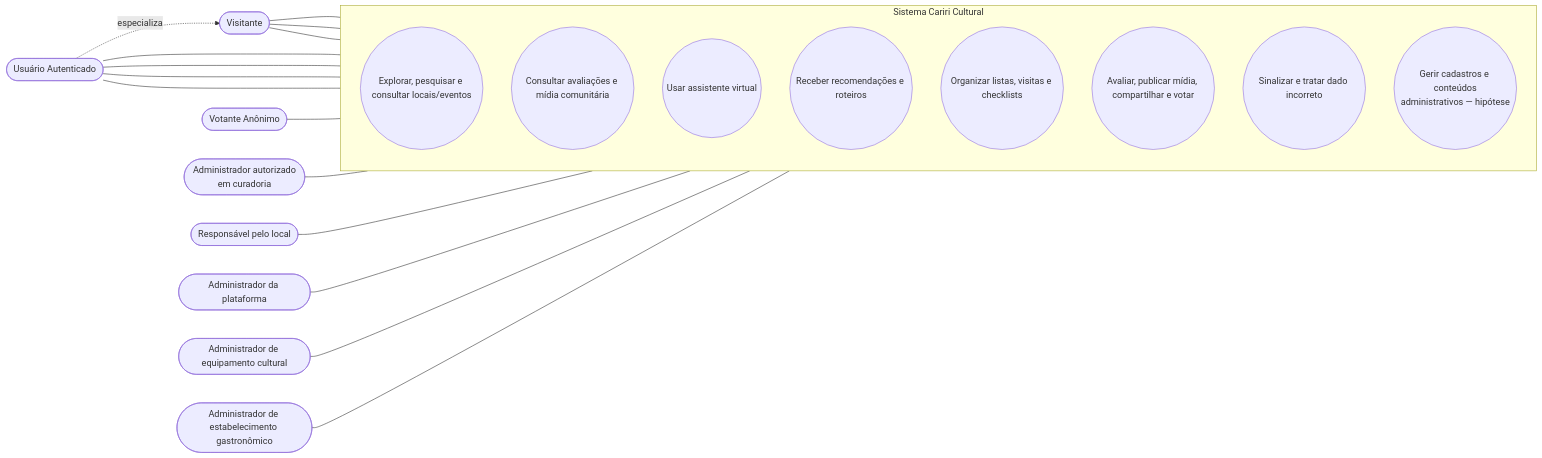
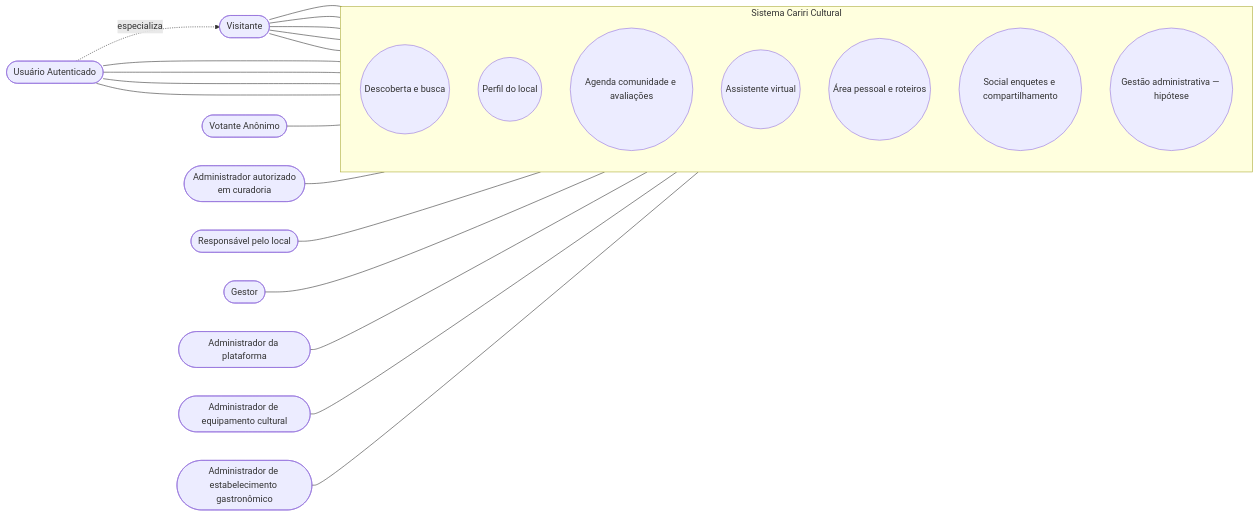
The first of 13 diagrams in home/user-cases/use-cases-diagram.md (alan-mendes-ufca/CaririCultural), drawn with Mermaid before and after one commit. The commit also changed other lines of this file and 5 other files, not shown here.

````diff
--- a/home/user-cases/use-cases-diagram.md
+++ b/home/user-cases/use-cases-diagram.md
@@ -19,38 +10,39 @@
 ```mermaid
 flowchart LR
     %% Atores
     V([Visitante])
     U([Usuário Autenticado])
     VA([Votante Anônimo])
+    G([Gestor])
     ADM([Administrador autorizado<br/>em curadoria])
     RESP([Responsável pelo local])
     APL([Administrador da plataforma])
     AEC([Administrador de equipamento cultural])
     AEG([Administrador de estabelecimento gastronômico])
 
     %% Fronteira do Sistema
     subgraph CC [Sistema Cariri Cultural]
         direction TB
-        C1((Explorar, pesquisar e consultar locais/eventos))
-        C2((Consultar avaliações e mídia comunitária))
-        C3((Usar assistente virtual))
-        C4((Receber recomendações e roteiros))
-        C5((Organizar listas, visitas e checklists))
-        C6((Avaliar, publicar mídia, compartilhar e votar))
-        C7((Sinalizar e tratar dado incorreto))
-        C8((Gerir cadastros e conteúdos<br/>administrativos — hipótese))
+        C1((Descoberta e busca))
+        C2((Perfil do local))
+        C3((Agenda comunidade e avaliações))
+        C4((Assistente virtual))
+        C5((Área pessoal e roteiros))
+        C6((Social enquetes e compartilhamento))
+        C7((Gestão administrativa — hipótese))
     end
 
-    %% Relações Ator -> Caso de Uso
-    V --- C1 & C2 & C3
-    U --- C4 & C5 & C6 & C7
+    %% Relações Ator -> Agrupamento
+    V --- C1 & C2 & C3 & C4 & C6
+    U --- C3 & C5 & C6 & C7
     VA --- C6
-    ADM --- C7
-    RESP --- C7
-    APL --- C8
-    AEC --- C8
-    AEG --- C8
+    ADM --- C3
+    RESP --- C3
+    G --- C7
+    APL --- C7
+    AEC --- C7
+    AEG --- C7
 
     %% Especialização
     U -.->|especializa| V
 ```
````
